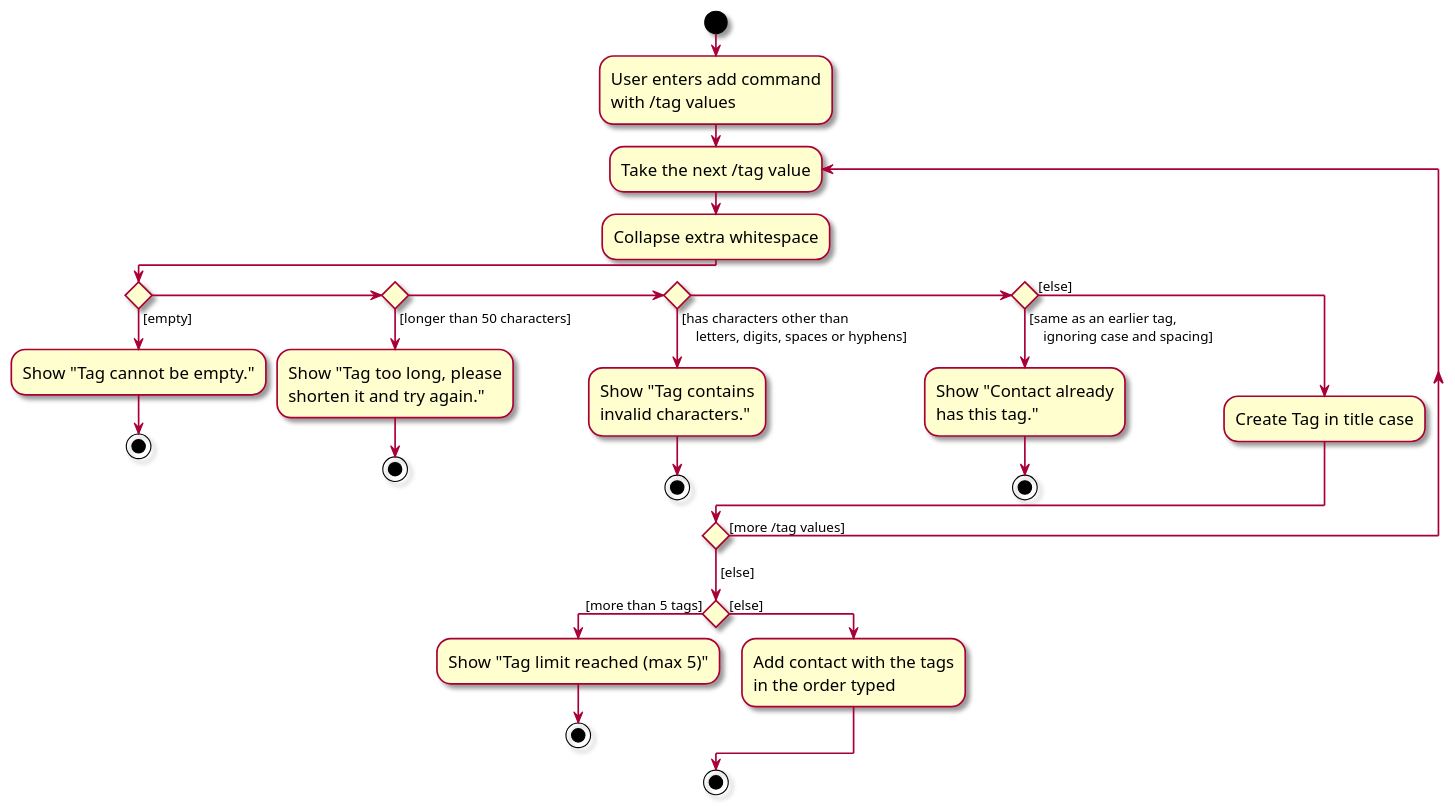
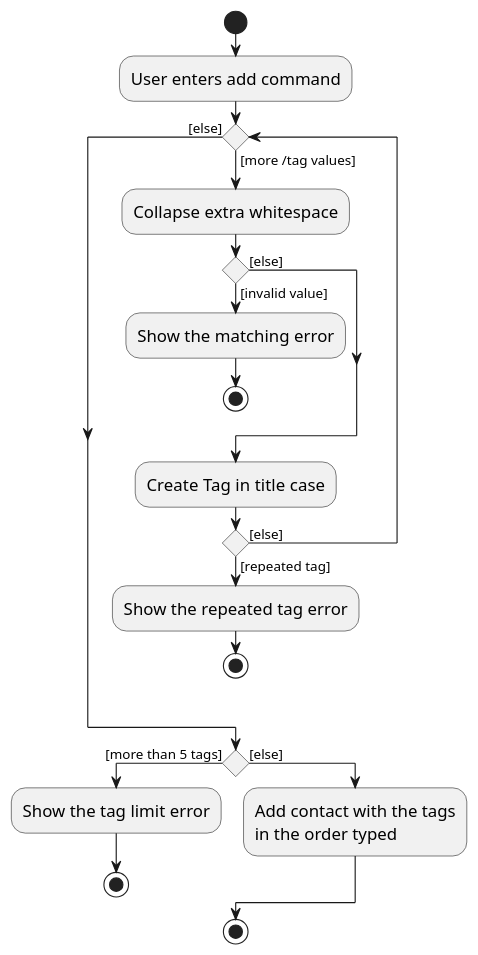
One commit to AY2627S1-CS2103T-F10-1/tp changed the diagram in docs/diagrams/TagValidationActivityDiagram.puml. Above: the diagram before and after it, drawn with PlantUML. The commit also changed 2 other files, not shown here.

Commit message:
DG: Correct the tag validation diagram
The diagram checks for a repeated tag before creating the Tag, although
the code creates it first, and it leaves out the title-case length check.
Its separate error paths make it wide, and its colors differ from the
other activity diagrams.

Let's show the real order, group the invalid value checks, which the DG
text already lists, and drop `skin rose`.

```diff
--- a/docs/diagrams/TagValidationActivityDiagram.puml
+++ b/docs/diagrams/TagValidationActivityDiagram.puml
@@ -1,42 +1,30 @@
 @startuml
-skin rose
 skinparam ActivityFontSize 15
 skinparam ArrowFontSize 12
 start
-:User enters add command
-with /tag values;
+:User enters add command;
 
-repeat :Take the next /tag value;
+while () is ([more /tag values])
     :Collapse extra whitespace;
-    if () then ([empty])
-        :Show "Tag cannot be empty.";
-        stop
-    elseif () then ([longer than 50 characters])
-        :Show "Tag too long, please
-        shorten it and try again.";
-        stop
-    elseif () then ([has characters other than
-    letters, digits, spaces or hyphens])
-        :Show "Tag contains
-        invalid characters.";
-        stop
-    elseif () then ([same as an earlier tag,
-    ignoring case and spacing])
-        :Show "Contact already
-        has this tag.";
+    if () then ([invalid value])
+        :Show the matching error;
         stop
     else ([else])
-        :Create Tag in title case;
     endif
-repeat while () is ([more /tag values])
-->[else];
+    :Create Tag in title case;
+    if () then ([repeated tag])
+        :Show the repeated tag error;
+        stop
+    else ([else])
+    endif
+endwhile ([else])
 
 if () then ([more than 5 tags])
-    :Show "Tag limit reached (max 5)";
+    :Show the tag limit error;
     stop
 else ([else])
     :Add contact with the tags
     in the order typed;
 endif
 stop
 @enduml
```
